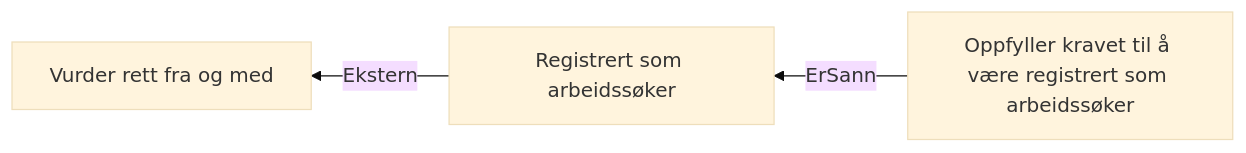
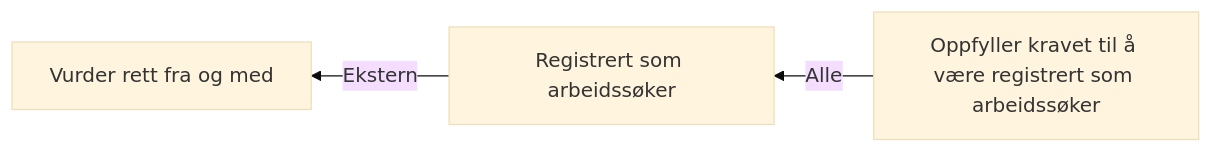
The diagram in docs/regler/§ 4-5. Registrering som arbeidssøker.approved.md (navikt/dp-behandling), drawn with Mermaid (base theme) before and after one commit. The commit also changed 16 other files, not shown here.

````diff
--- a/docs/regler/§ 4-5. Registrering som arbeidssøker.approved.md
+++ b/docs/regler/§ 4-5. Registrering som arbeidssøker.approved.md
@@ -5,5 +5,5 @@
 ```mermaid
 graph RL
   A["Registrert som arbeidssøker"] -->|"Ekstern"| B["Vurder rett fra og med"]
-  C["Oppfyller kravet til å være registrert som arbeidssøker"] -->|"ErSann"| A["Registrert som arbeidssøker"]
+  C["Oppfyller kravet til å være registrert som arbeidssøker"] -->|"Alle"| A["Registrert som arbeidssøker"]
 ```
````
